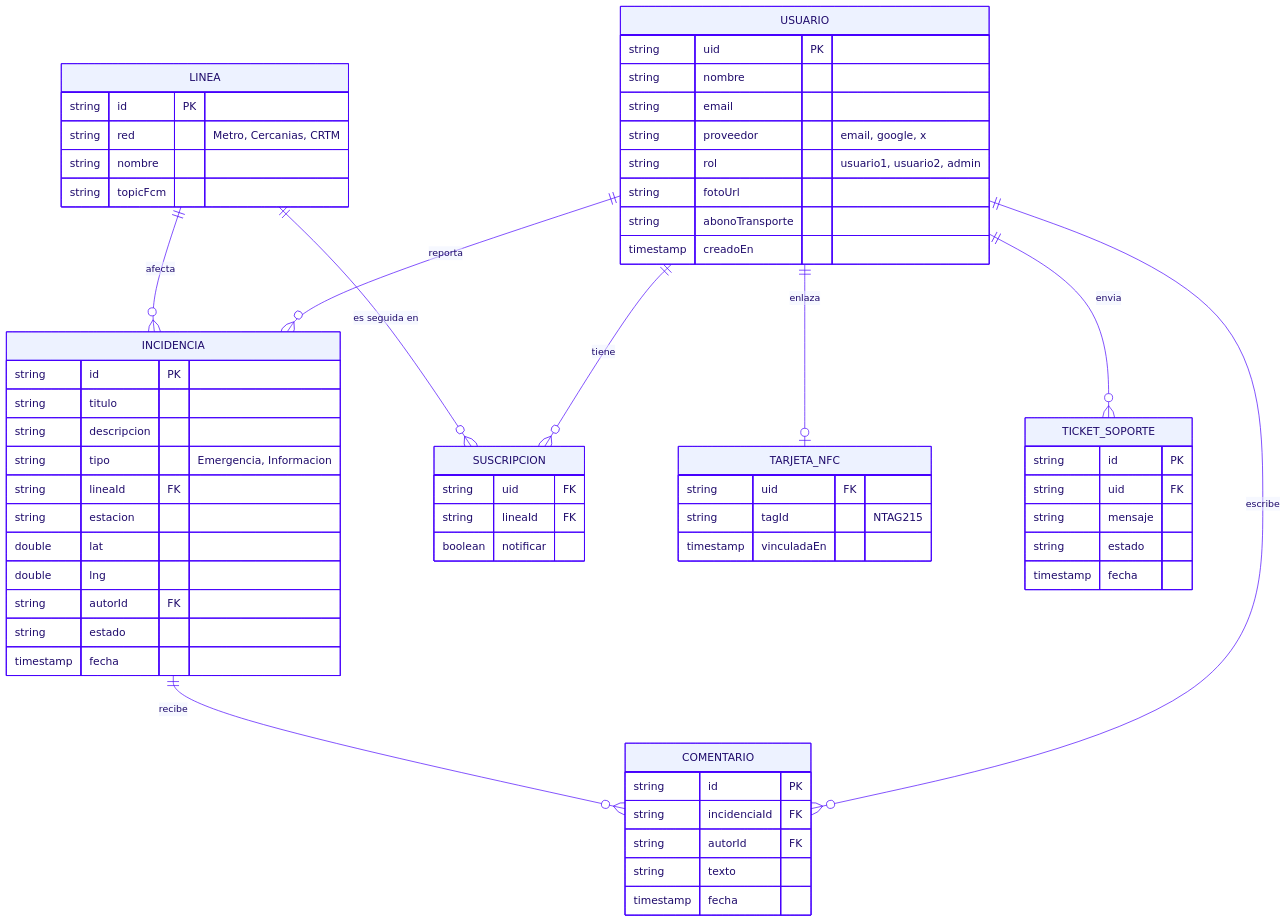
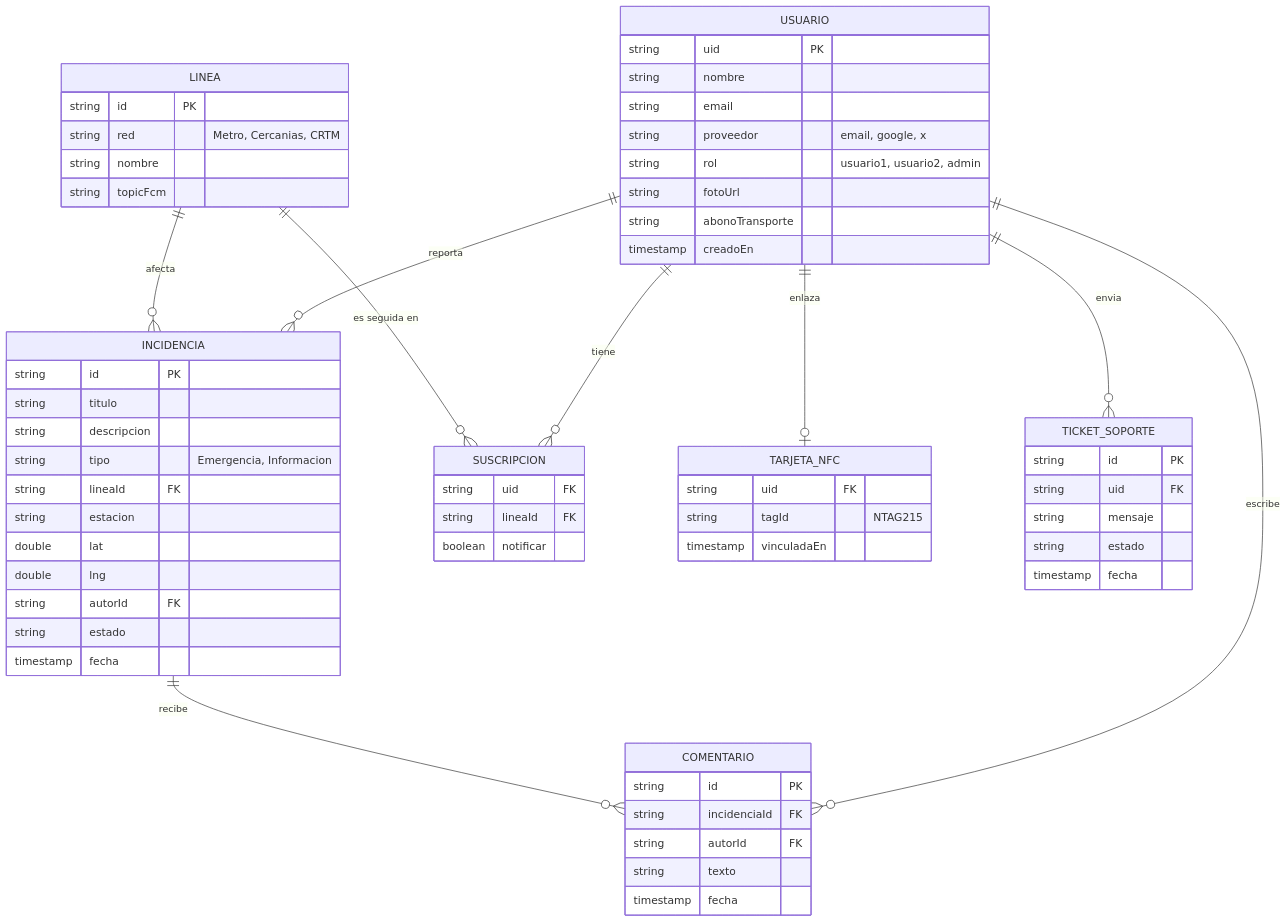
The second of 2 diagrams in README.md (ag-hp/tranzit), drawn with Mermaid before and after one commit. The commit also changed other lines of this file, not shown here.

````diff
--- a/README.md
+++ b/README.md
@@ -132,66 +126,65 @@
 ```mermaid
-%%{init: {'theme':'base','themeVariables':{'primaryColor':'#EDF2FF','primaryTextColor':'#1E0A6B','primaryBorderColor':'#4700FD','secondaryColor':'#EDF2FF','tertiaryColor':'#EDF2FF','lineColor':'#4700FD','attributeBackgroundColorOdd':'#F6F8FF','attributeBackgroundColorEven':'#EDF2FF','fontFamily':'Inter, Segoe UI, Arial, sans-serif'}}}%%
 erDiagram
     USUARIO ||--o{ INCIDENCIA : reporta
     USUARIO ||--o{ COMENTARIO : escribe
     INCIDENCIA ||--o{ COMENTARIO : recibe
     LINEA ||--o{ INCIDENCIA : afecta
     USUARIO ||--o{ SUSCRIPCION : tiene
     LINEA ||--o{ SUSCRIPCION : "es seguida en"
     USUARIO ||--o| TARJETA_NFC : enlaza
     USUARIO ||--o{ TICKET_SOPORTE : envia
 
     USUARIO {
         string uid PK
         string nombre
         string email
         string proveedor "email, google, x"
         string rol "usuario1, usuario2, admin"
         string fotoUrl
         string abonoTransporte
         timestamp creadoEn
     }
     LINEA {
         string id PK
         string red "Metro, Cercanias, CRTM"
         string nombre
         string topicFcm
     }
     INCIDENCIA {
         string id PK
         string titulo
         string descripcion
         string tipo "Emergencia, Informacion"
         string lineaId FK
         string estacion
         double lat
         double lng
         string autorId FK
         string estado
         timestamp fecha
     }
     COMENTARIO {
         string id PK
         string incidenciaId FK
         string autorId FK
         string texto
         timestamp fecha
     }
     SUSCRIPCION {
         string uid FK
         string lineaId FK
         boolean notificar
     }
     TARJETA_NFC {
         string uid FK
         string tagId "NTAG215"
         timestamp vinculadaEn
     }
     TICKET_SOPORTE {
         string id PK
         string uid FK
         string mensaje
         string estado
         timestamp fecha
     }
 ```
````
